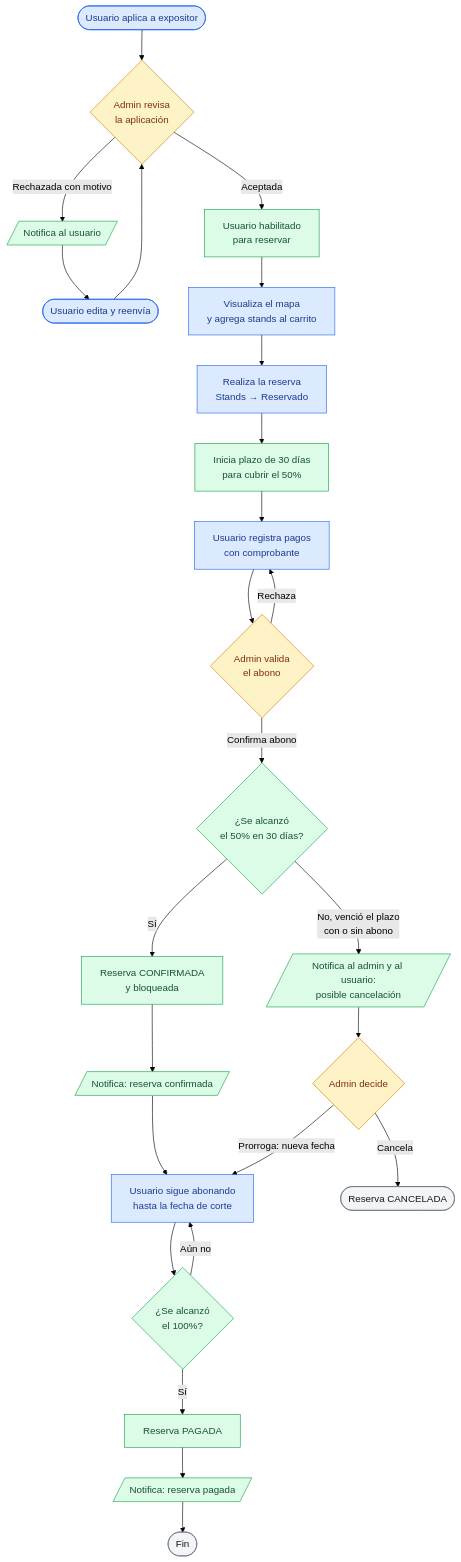
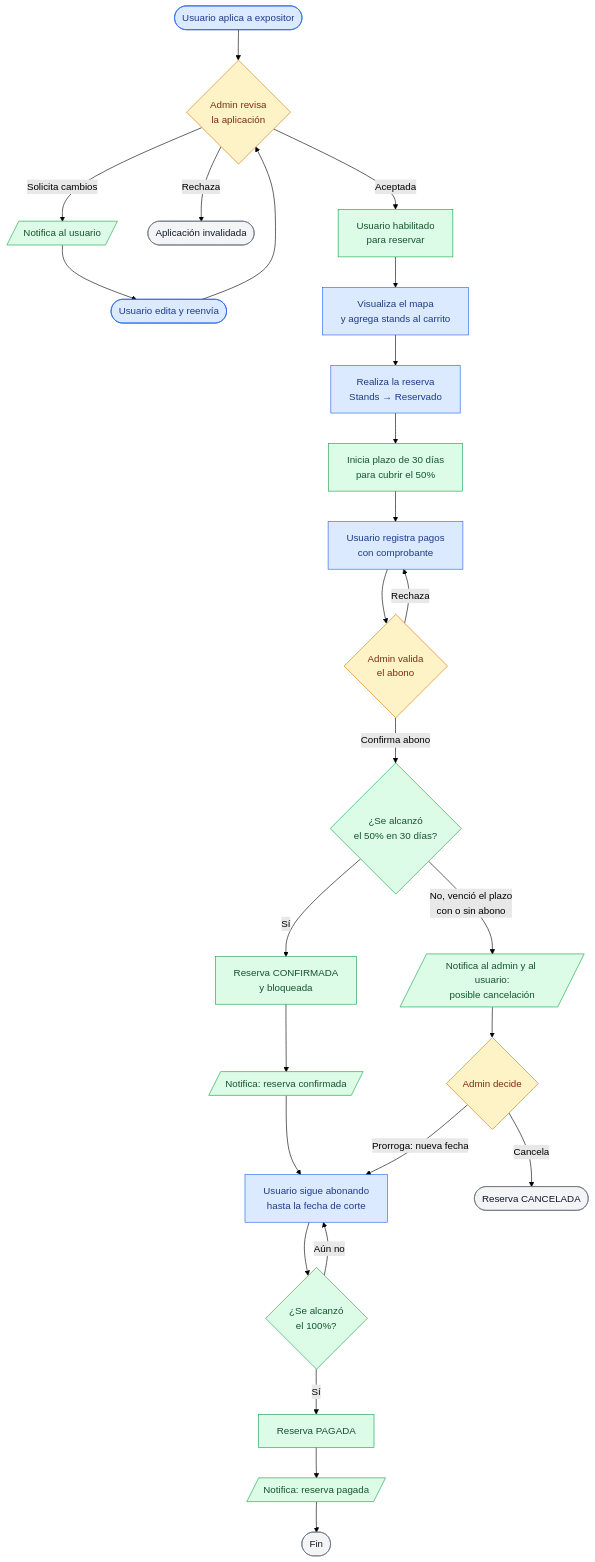
Before and after one commit to Proyectos-Vinculacion-FMAT/FILEYapp26: the diagram in docs/requisitos/STD/Proceso de alto nivel - Stands.md, drawn with Mermaid (forest theme). The commit also changed 21976 other files, not shown here.

````diff
--- a/docs/requisitos/STD/Proceso de alto nivel - Stands.md
+++ b/docs/requisitos/STD/Proceso de alto nivel - Stands.md
@@ -18,42 +18,43 @@
 ```mermaid
 %% Proceso de alto nivel: Reserva, Pago y Confirmación de Stands — FILEY
 flowchart TD
     A([Usuario aplica a expositor]) --> B{Admin revisa<br/>la aplicación}
-    B -->|Rechazada con motivo| C[/Notifica al usuario/]
+    B -->|Solicita cambios| C[/Notifica al usuario/]
     C --> A2([Usuario edita y reenvía])
     A2 --> B
+    B -->|Rechaza| R([Aplicación invalidada])
     B -->|Aceptada| D[Usuario habilitado<br/>para reservar]
 
     D --> E[Visualiza el mapa<br/>y agrega stands al carrito]
     E --> F[Realiza la reserva<br/>Stands → Reservado]
     F --> G[Inicia plazo de 30 días<br/>para cubrir el 50%]
 
     G --> H[Usuario registra pagos<br/>con comprobante]
     H --> I{Admin valida<br/>el abono}
     I -->|Rechaza| H
     I -->|Confirma abono| J{¿Se alcanzó<br/>el 50% en 30 días?}
 
     J -->|Sí| K[Reserva CONFIRMADA<br/>y bloqueada]
     K --> L[/Notifica: reserva confirmada/]
     L --> M[Usuario sigue abonando<br/>hasta la fecha de corte]
     M --> N{¿Se alcanzó<br/>el 100%?}
     N -->|Aún no| M
     N -->|Sí| O[Reserva PAGADA]
     O --> P[/Notifica: reserva pagada/]
     P --> Q([Fin])
 
     J -->|No, venció el plazo<br/>con o sin abono| U[/Notifica al admin y al usuario:<br/>posible cancelación/]
     U --> V{Admin decide}
     V -->|Prorroga: nueva fecha| M
     V -->|Cancela| W([Reserva CANCELADA])
 
     classDef usuario fill:#dbeafe,stroke:#2563eb,color:#1e3a8a;
     classDef admin fill:#fef3c7,stroke:#d97706,color:#7c2d12;
     classDef sistema fill:#dcfce7,stroke:#16a34a,color:#14532d;
     classDef fin fill:#f3f4f6,stroke:#6b7280,color:#111827;
 
     class A,A2,E,F,H,M usuario;
     class B,I,V admin;
     class C,D,G,J,K,L,N,O,P,U sistema;
-    class Q,W,fin fin;
+    class Q,R,W,fin fin;
 ```
````
